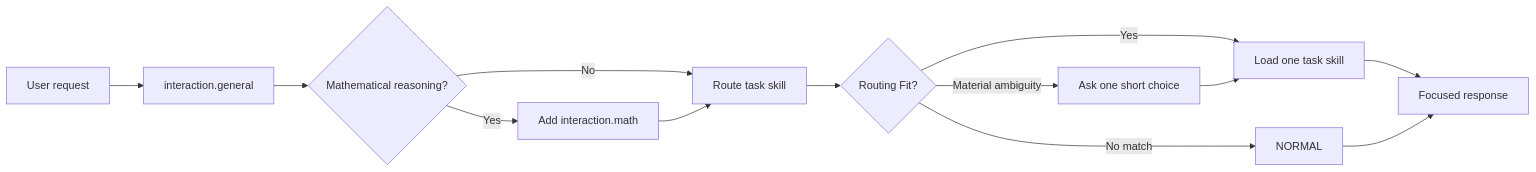
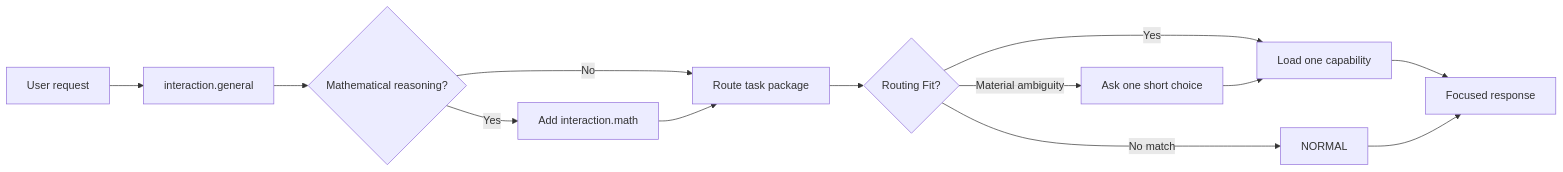
One commit to geekybobz/skills_ai changed the second of 3 diagrams in interaction-protocol/README.md. Above: the diagram before and after it, drawn with Mermaid. The commit also changed other lines of this file and 173 other files, not shown here.

````diff
--- a/interaction-protocol/README.md
+++ b/interaction-protocol/README.md
@@ -41,15 +42,15 @@
 ```mermaid
 flowchart LR
     U["User request"] --> G["interaction.general"]
     G --> M{"Mathematical reasoning?"}
     M -- "Yes" --> X["Add interaction.math"]
-    M -- "No" --> R["Route task skill"]
+    M -- "No" --> R["Route task package"]
     X --> R
     R --> S{"Routing Fit?"}
-    S -- "Yes" --> L["Load one task skill"]
+    S -- "Yes" --> L["Load one capability"]
     S -- "No match" --> N["NORMAL"]
     S -- "Material ambiguity" --> C["Ask one short choice"]
     C --> L
     L --> A["Focused response"]
     N --> A
 ```
````
